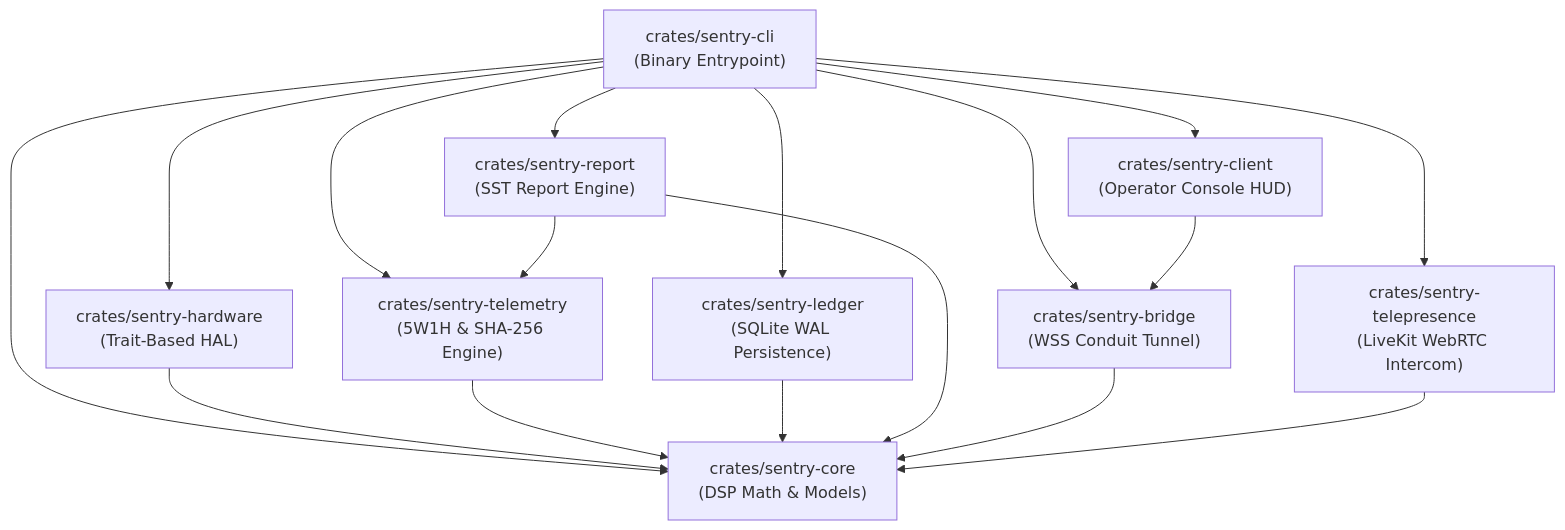
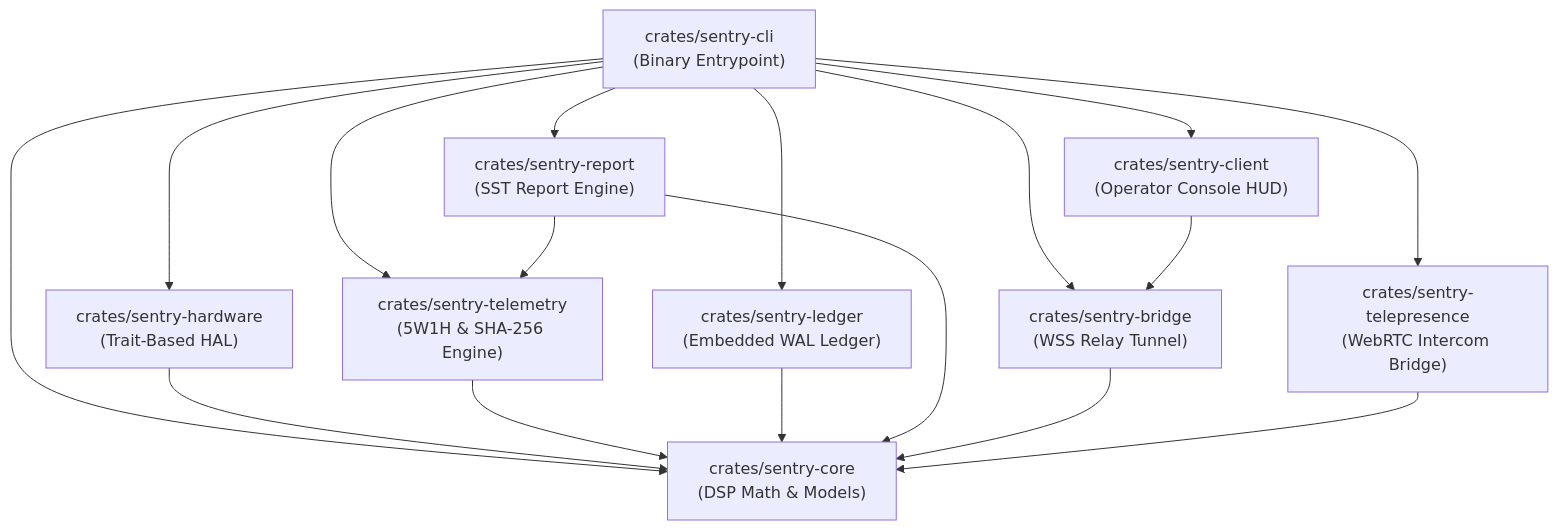
The first of 4 diagrams in docs/ARCHITECTURE_AND_HAL.md (xuoxod/sentry-edge), drawn with Mermaid before and after one commit. The commit also changed other lines of this file and 5 other files, not shown here.

````diff
--- a/docs/ARCHITECTURE_AND_HAL.md
+++ b/docs/ARCHITECTURE_AND_HAL.md
@@ -33,20 +33,20 @@
 ```mermaid
 graph TD
     CLI["crates/sentry-cli<br/>(Binary Entrypoint)"] --> Core["crates/sentry-core<br/>(DSP Math & Models)"]
     CLI --> HW["crates/sentry-hardware<br/>(Trait-Based HAL)"]
     CLI --> Telem["crates/sentry-telemetry<br/>(5W1H & SHA-256 Engine)"]
-    CLI --> Ledger["crates/sentry-ledger<br/>(SQLite WAL Persistence)"]
+    CLI --> Ledger["crates/sentry-ledger<br/>(Embedded WAL Ledger)"]
     CLI --> Report["crates/sentry-report<br/>(SST Report Engine)"]
-    CLI --> Bridge["crates/sentry-bridge<br/>(WSS Conduit Tunnel)"]
-    CLI --> Telep["crates/sentry-telepresence<br/>(LiveKit WebRTC Intercom)"]
+    CLI --> Bridge["crates/sentry-bridge<br/>(WSS Relay Tunnel)"]
+    CLI --> Telep["crates/sentry-telepresence<br/>(WebRTC Intercom Bridge)"]
     CLI --> Client["crates/sentry-client<br/>(Operator Console HUD)"]
 
     HW --> Core
     Telem --> Core
     Ledger --> Core
     Report --> Telem
     Report --> Core
     Bridge --> Core
     Telep --> Core
     Client --> Bridge
 ```
````
